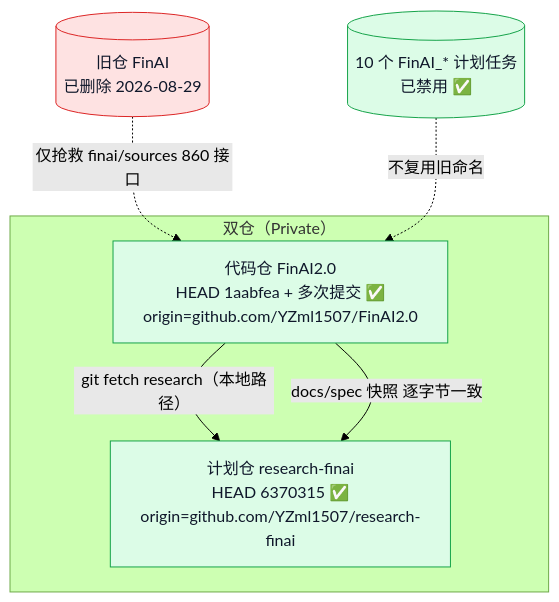
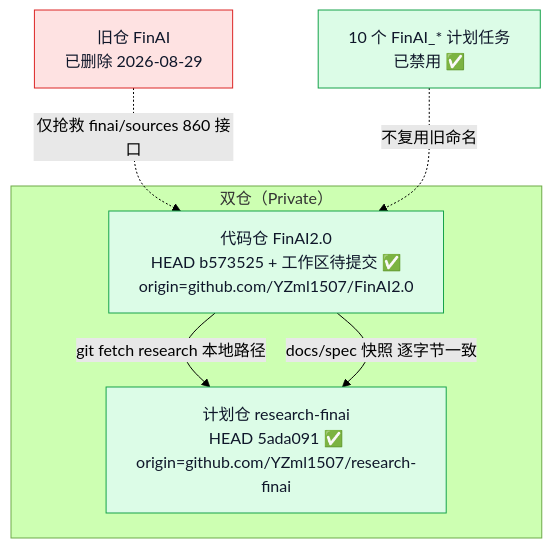
One commit to YZml1507/FinAI2.0 changed the first of 6 diagrams in docs/project_status_flowchart.md. Above: the diagram before and after it, drawn with Mermaid (forest theme). The commit also changed other lines of this file and 24 other files, not shown here.

````diff
--- a/docs/project_status_flowchart.md
+++ b/docs/project_status_flowchart.md
@@ -9,17 +9,17 @@
 ```mermaid
 flowchart TD
   subgraph REPO["双仓（Private）"]
-    F[代码仓 FinAI2.0<br/>HEAD 1aabfea + 多次提交 ✅<br/>origin=github.com/YZml1507/FinAI2.0] 
-    R[计划仓 research-finai<br/>HEAD 6370315 ✅<br/>origin=github.com/YZml1507/research-finai]
-    F -->|git fetch research（本地路径）| R
+    F["代码仓 FinAI2.0<br/>HEAD b573525 + 工作区待提交 ✅<br/>origin=github.com/YZml1507/FinAI2.0"] 
+    R["计划仓 research-finai<br/>HEAD 5ada091 ✅<br/>origin=github.com/YZml1507/research-finai"]
+    F -->|git fetch research 本地路径| R
     F -->|docs/spec 快照 逐字节一致| R
   end
-  DEL[(旧仓 FinAI<br/>已删除 2026-08-29)]
-  TASK[(10 个 FinAI_* 计划任务<br/>已禁用 ✅)]
+  DEL["旧仓 FinAI<br/>已删除 2026-08-29"]
+  TASK["10 个 FinAI_* 计划任务<br/>已禁用 ✅"]
   DEL -.->|仅抢救 finai/sources 860 接口| F
   TASK -.->|不复用旧命名| F
   style F fill:#dcfce7,stroke:#16a34a,color:#0f172a
   style R fill:#dcfce7,stroke:#16a34a,color:#0f172a
   style DEL fill:#fee2e2,stroke:#dc2626,color:#0f172a
   style TASK fill:#dcfce7,stroke:#16a34a,color:#0f172a
 ```
````
